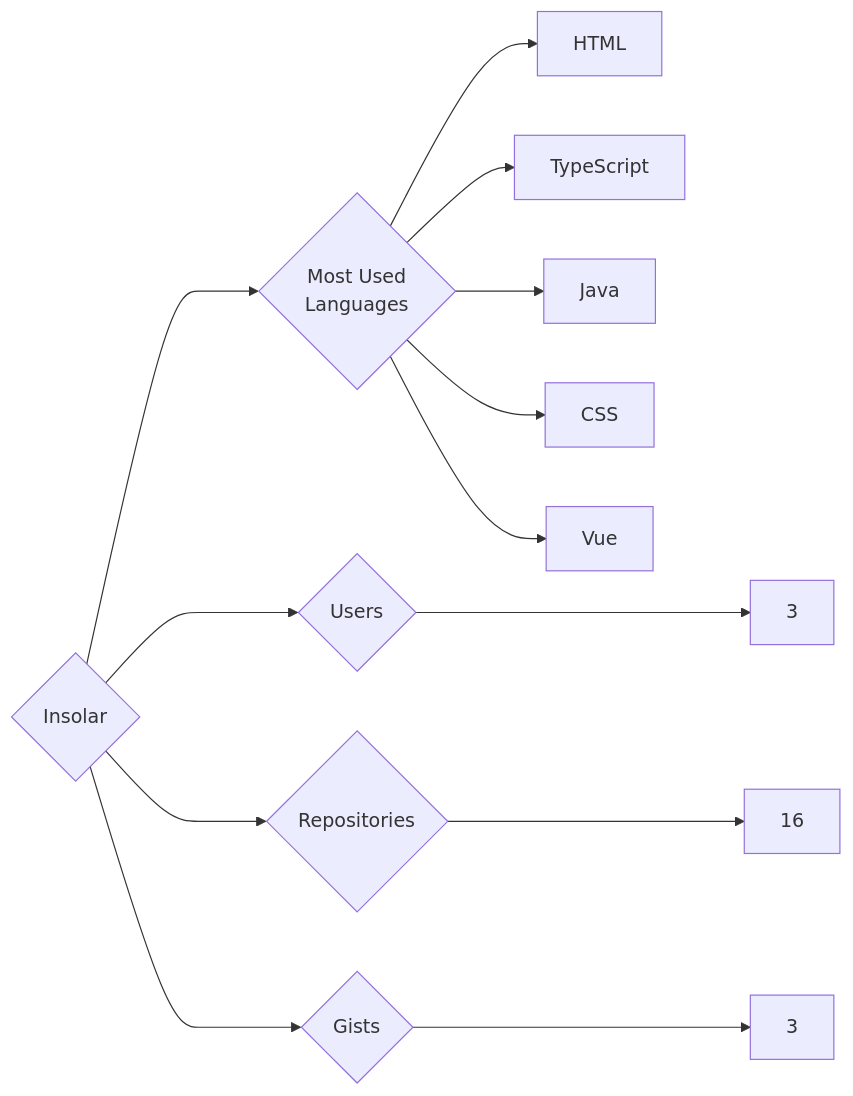
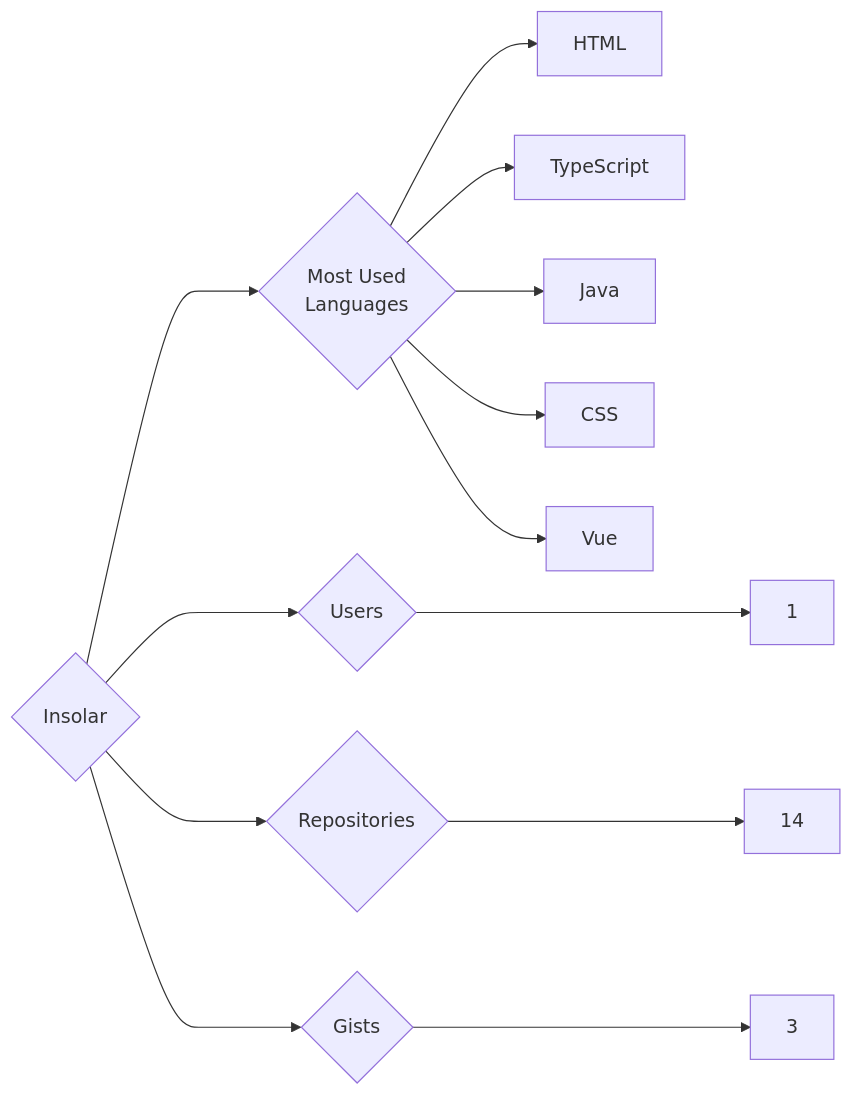
The diagram in targets/Insolar/README.md (trickest/insiders), drawn with Mermaid before and after one commit. The commit also changed 894 other files, not shown here.

````diff
--- a/targets/Insolar/README.md
+++ b/targets/Insolar/README.md
@@ -3,13 +3,13 @@
 ```mermaid
 graph LR
 COMPANY_NAME{Insolar}
-COMPANY_NAME ---> U{Users} ---> UN[3]
-COMPANY_NAME ---> R{Repositories} ---> RN[16]
+COMPANY_NAME ---> U{Users} ---> UN[1]
+COMPANY_NAME ---> R{Repositories} ---> RN[14]
 COMPANY_NAME ---> G{Gists} ---> GN[3]
 COMPANY_NAME ---> ML{Most Used<br>Languages}
 ML --> HTML[HTML]
 ML --> TypeScript[TypeScript]
 ML --> Java[Java]
 ML --> CSS[CSS]
 ML --> Vue[Vue]
 ```
````
